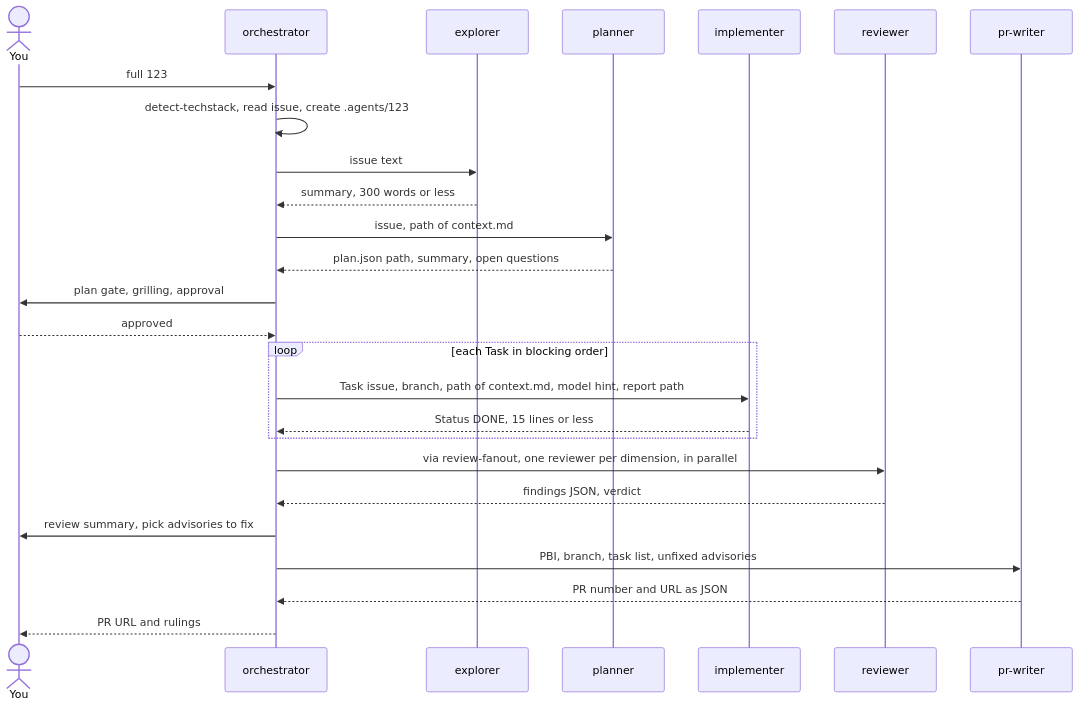
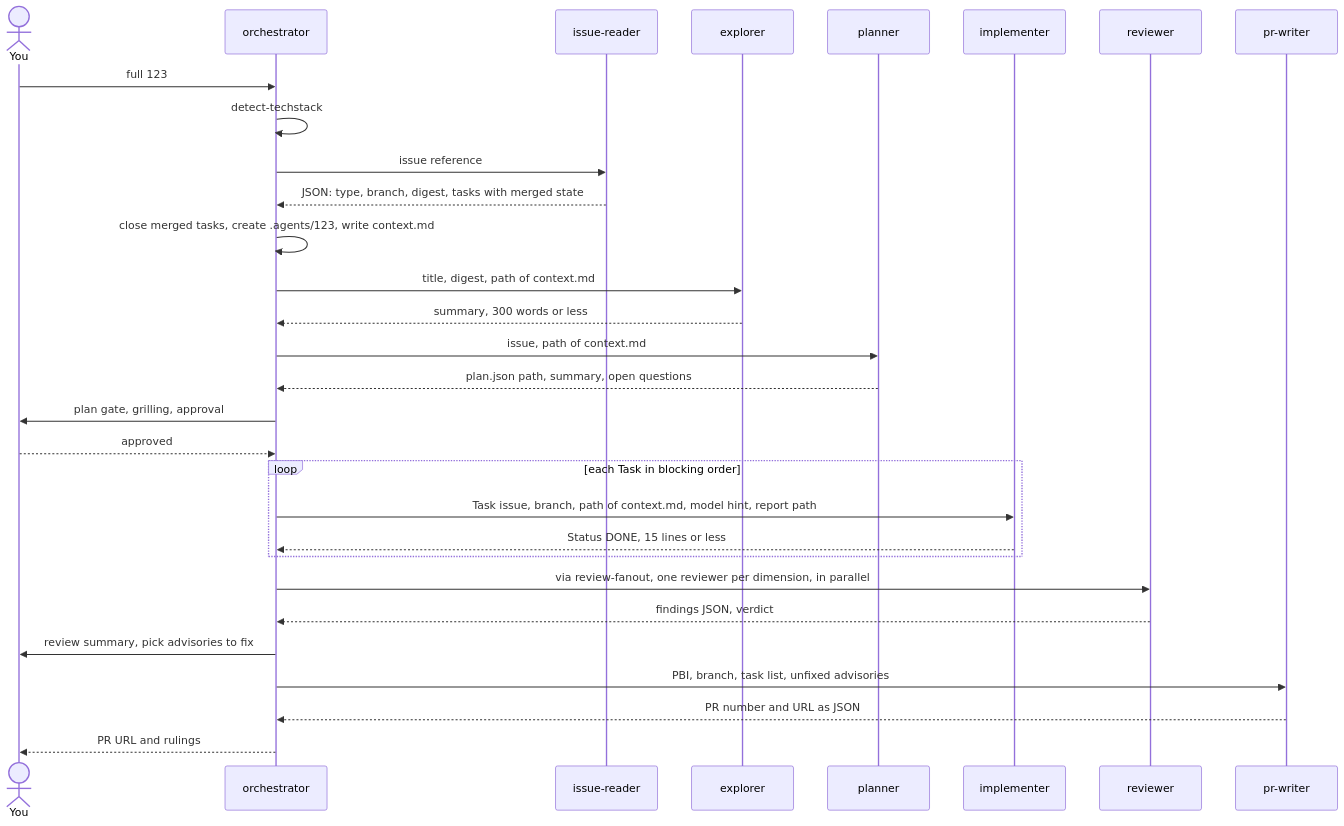
Before and after one commit to GravionLabs/apm-hub: the third of 10 diagrams in docs/orchestrator.md, drawn with Mermaid. The commit also changed other lines of this file and 12 other files, not shown here.

First line of the commit message:
feat(agents): issue-reader subagent resolves issue, branch and task state as JSON (#304)

````diff
--- a/docs/orchestrator.md
+++ b/docs/orchestrator.md
@@ -82,28 +84,32 @@
 ```mermaid
 sequenceDiagram
     actor U as You
     participant O as orchestrator
+    participant D as issue-reader
     participant E as explorer
     participant P as planner
     participant I as implementer
     participant R as reviewer
     participant W as pr-writer
     U->>O: full 123
-    O->>O: detect-techstack, read issue, create .agents/123
-    O->>E: issue text
+    O->>O: detect-techstack
+    O->>D: issue reference
+    D-->>O: JSON: type, branch, digest, tasks with merged state
+    O->>O: close merged tasks, create .agents/123, write context.md
+    O->>E: title, digest, path of context.md
     E-->>O: summary, 300 words or less
     O->>P: issue, path of context.md
     P-->>O: plan.json path, summary, open questions
     O->>U: plan gate, grilling, approval
     U-->>O: approved
     loop each Task in blocking order
         O->>I: Task issue, branch, path of context.md, model hint, report path
         I-->>O: Status DONE, 15 lines or less
     end
     O->>R: via review-fanout, one reviewer per dimension, in parallel
     R-->>O: findings JSON, verdict
     O->>U: review summary, pick advisories to fix
     O->>W: PBI, branch, task list, unfixed advisories
     W-->>O: PR number and URL as JSON
     O-->>U: PR URL and rulings
 ```
````
